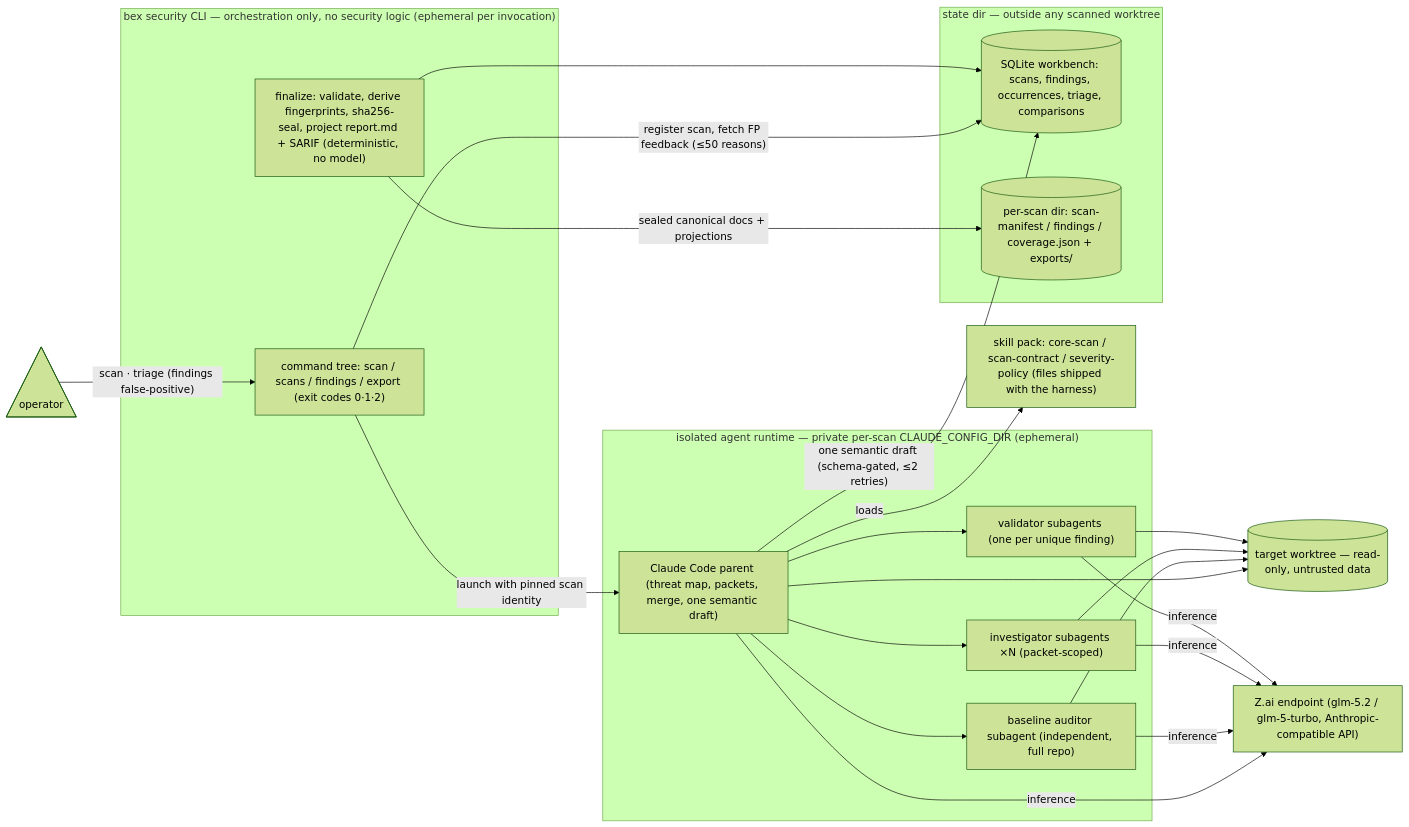
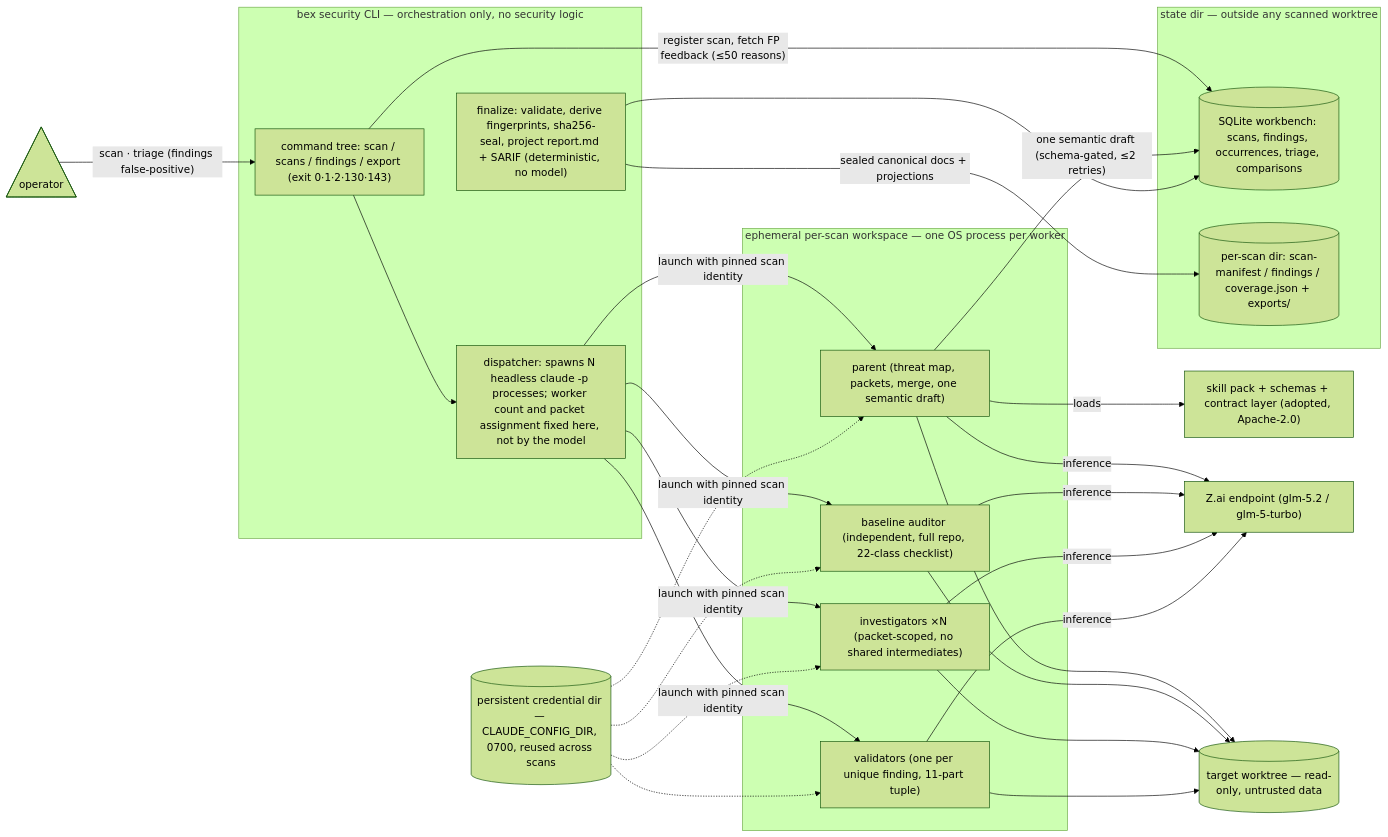
One commit to cuckoo-network/cuckoo changed the diagram in docs/ADR081-security-review-harness-glm.md. Above: the diagram before and after it, drawn with Mermaid (forest theme). The commit also changed other lines of this file and 1 other file, not shown here.

````diff
--- a/docs/ADR081-security-review-harness-glm.md
+++ b/docs/ADR081-security-review-harness-glm.md
@@ -62,36 +113,40 @@
 ```mermaid
 flowchart LR
   operator@{ shape: tri, label: "operator" }
 
-  subgraph harness["bex security CLI — orchestration only, no security logic (ephemeral per invocation)"]
-    cli["command tree: scan / scans / findings / export (exit codes 0·1·2)"]
+  subgraph harness["bex security CLI — orchestration only, no security logic"]
+    cli["command tree: scan / scans / findings / export (exit 0·1·2·130·143)"]
+    disp["dispatcher: spawns N headless claude -p processes; worker count and packet assignment fixed here, not by the model"]
     seal["finalize: validate, derive fingerprints, sha256-seal, project report.md + SARIF (deterministic, no model)"]
   end
 
-  subgraph run["isolated agent runtime — private per-scan CLAUDE_CONFIG_DIR (ephemeral)"]
-    parent["Claude Code parent (threat map, packets, merge, one semantic draft)"]
-    auditor["baseline auditor subagent (independent, full repo)"]
-    inv["investigator subagents ×N (packet-scoped)"]
-    val["validator subagents (one per unique finding)"]
+  creds[("persistent credential dir — CLAUDE_CONFIG_DIR, 0700, reused across scans")]
+
+  subgraph run["ephemeral per-scan workspace — one OS process per worker"]
+    parent["parent (threat map, packets, merge, one semantic draft)"]
+    auditor["baseline auditor (independent, full repo, 22-class checklist)"]
+    inv["investigators ×N (packet-scoped, no shared intermediates)"]
+    val["validators (one per unique finding, 11-part tuple)"]
   end
 
-  skills["skill pack: core-scan / scan-contract / severity-policy (files shipped with the harness)"]
-  zai["Z.ai endpoint (glm-5.2 / glm-5-turbo, Anthropic-compatible API)"]
+  skills["skill pack + schemas + contract layer (adopted, Apache-2.0)"]
+  zai["Z.ai endpoint (glm-5.2 / glm-5-turbo)"]
   repo[("target worktree — read-only, untrusted data")]
 
   subgraph state["state dir — outside any scanned worktree"]
     workbench[("SQLite workbench: scans, findings, occurrences, triage, comparisons")]
     scandir[("per-scan dir: scan-manifest / findings / coverage.json + exports/")]
   end
 
   operator -->|"scan · triage (findings false-positive)"| cli
   cli -->|"register scan, fetch FP feedback (≤50 reasons)"| workbench
-  cli -->|launch with pinned scan identity| parent
+  cli --> disp
+  disp -->|"launch with pinned scan identity"| parent & auditor & inv & val
+  creds -.-> parent & auditor & inv & val
   parent -->|loads| skills
-  parent --> auditor & inv & val
   parent & auditor & inv & val --> repo
   parent & auditor & inv & val -->|inference| zai
   parent -->|"one semantic draft (schema-gated, ≤2 retries)"| workbench
   seal --> workbench
   seal -->|sealed canonical docs + projections| scandir
 ```
````
